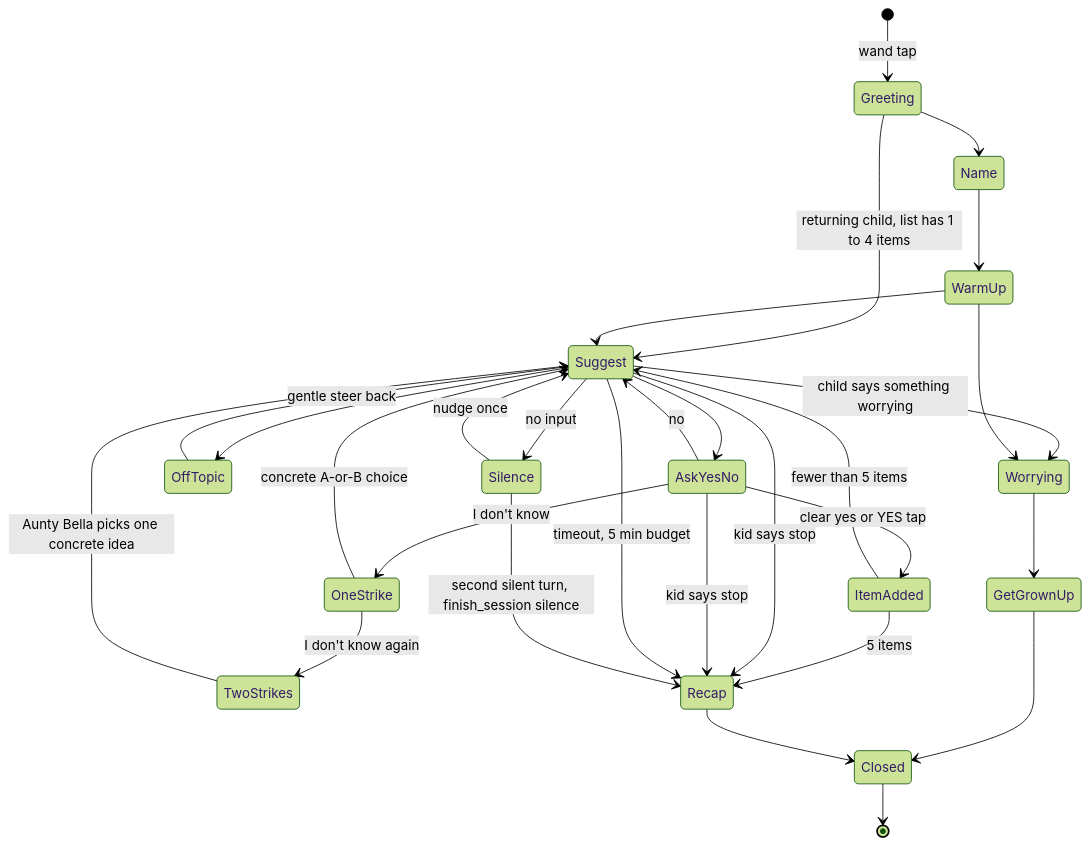
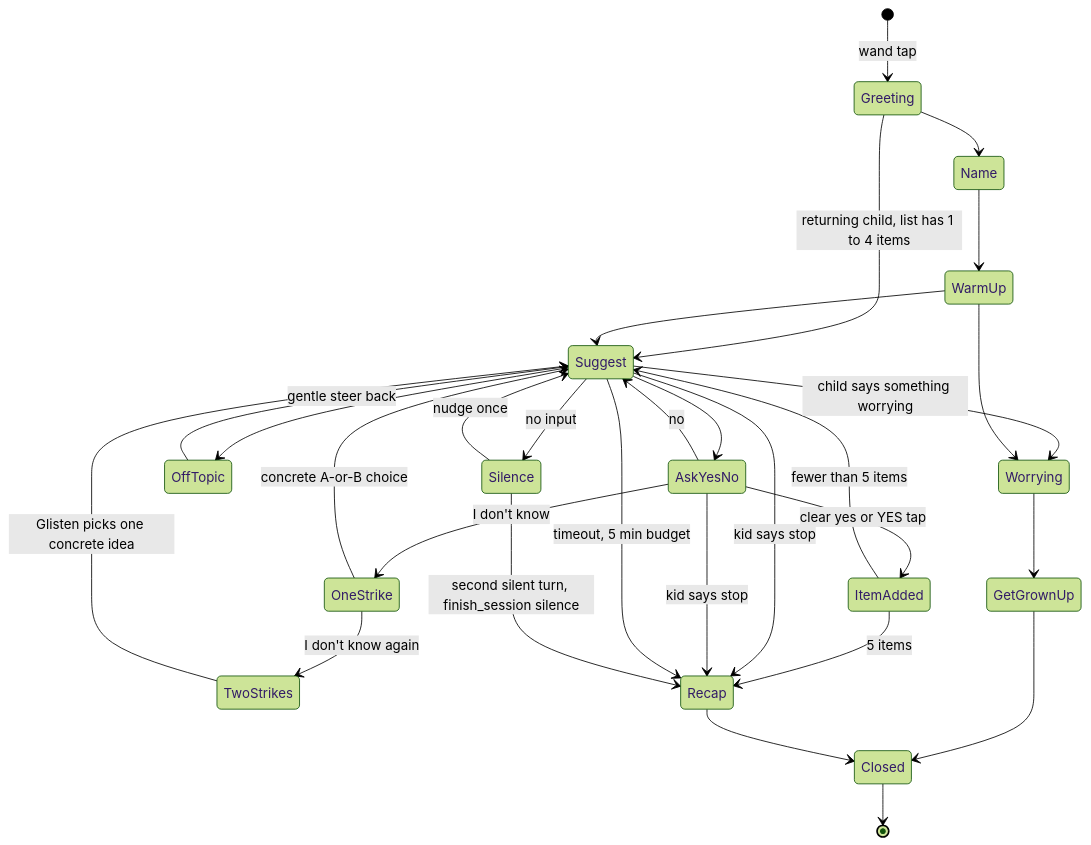
The third of 3 diagrams in docs/prompt-testing.md (build40for40/day11), drawn with Mermaid (forest theme) before and after one commit. The commit also changed other lines of this file and 163 other files, not shown here.

Commit message:
Day 11: rename character Aunty Bella to Glisten

````diff
--- a/docs/prompt-testing.md
+++ b/docs/prompt-testing.md
@@ -80,31 +80,31 @@
 ```mermaid
 stateDiagram-v2
     [*] --> Greeting: wand tap
     Greeting --> Name
     Greeting --> Suggest: returning child, list has 1 to 4 items
     Name --> WarmUp
     WarmUp --> Suggest
     Suggest --> AskYesNo
     AskYesNo --> ItemAdded: clear yes or YES tap
     AskYesNo --> Suggest: no
     AskYesNo --> OneStrike: I don't know
     OneStrike --> Suggest: concrete A-or-B choice
     OneStrike --> TwoStrikes: I don't know again
-    TwoStrikes --> Suggest: Aunty Bella picks one concrete idea
+    TwoStrikes --> Suggest: Glisten picks one concrete idea
     ItemAdded --> Suggest: fewer than 5 items
     ItemAdded --> Recap: 5 items
     Suggest --> Recap: kid says stop
     AskYesNo --> Recap: kid says stop
     Suggest --> Recap: timeout, 5 min budget
     Suggest --> OffTopic
     OffTopic --> Suggest: gentle steer back
     Suggest --> Worrying: child says something worrying
     WarmUp --> Worrying
     Worrying --> GetGrownUp
     GetGrownUp --> Closed
     Suggest --> Silence: no input
     Silence --> Suggest: nudge once
     Silence --> Recap: second silent turn, finish_session silence
     Recap --> Closed
     Closed --> [*]
 ```
````
